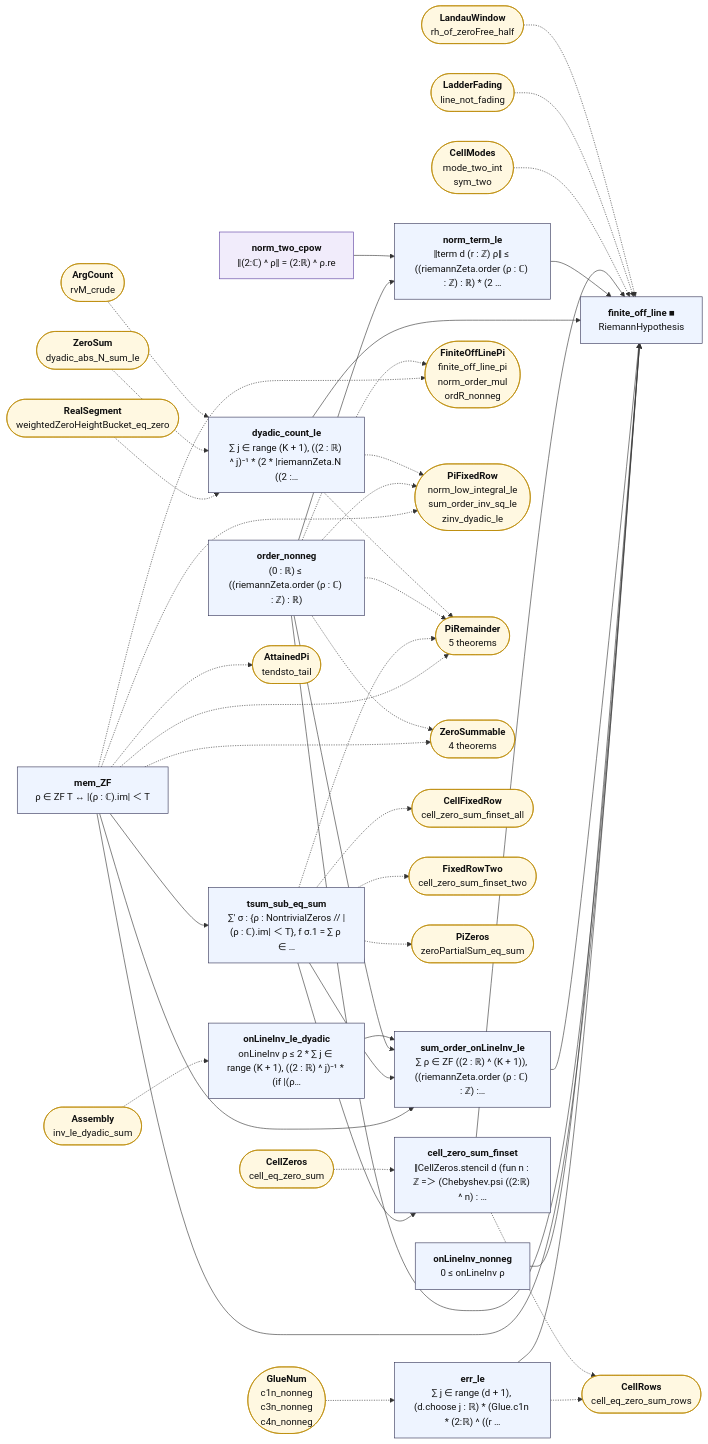
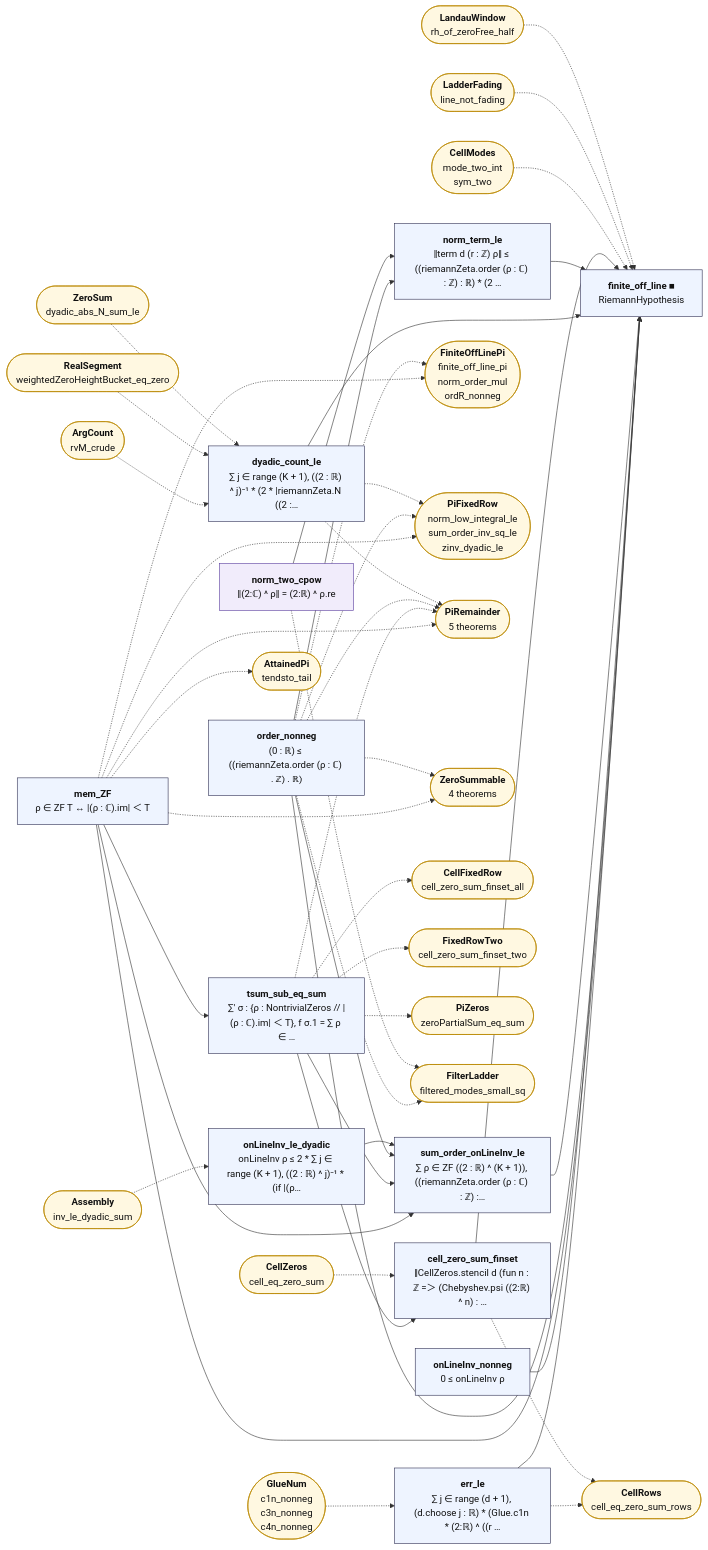
One commit to juliansambranojr/Primebeat_081426 changed the diagram in map/lean_stage3/FiniteOffLine.mmd. Above: the diagram before and after it, drawn with Mermaid. The commit also changed 35 other files, not shown here.

First line of the commit message:
Block S1: the filtered ladder (unit 0466)

```diff
--- a/map/lean_stage3/FiniteOffLine.mmd
+++ b/map/lean_stage3/FiniteOffLine.mmd
@@ -1,81 +1,84 @@
 flowchart LR
   n0["<b>mem_ZF</b><br/>ρ ∈ ZF T ↔ |(ρ : ℂ).im| ＜ T"]:::thm
   n1["<b>tsum_sub_eq_sum</b><br/>∑' σ : {ρ : NontrivialZeros // |(ρ : ℂ).im| ＜ T}, f σ.1 = ∑ ρ ∈ …"]:::thm
   n2["<b>order_nonneg</b><br/>(0 : ℝ) ≤ ((riemannZeta.order (ρ : ℂ) : ℤ) : ℝ)"]:::thm
   n3["<b>onLineInv_nonneg</b><br/>0 ≤ onLineInv ρ"]:::thm
   n4["<b>onLineInv_le_dyadic</b><br/>onLineInv ρ ≤ 2 * ∑ j ∈ range (K + 1), ((2 : ℝ) ^ j)⁻¹ * (if |(ρ…"]:::thm
   n5["<b>sum_order_onLineInv_le</b><br/>∑ ρ ∈ ZF ((2 : ℝ) ^ (K + 1)), ((riemannZeta.order (ρ : ℂ) : ℤ) :…"]:::thm
   n6["<b>dyadic_count_le</b><br/>∑ j ∈ range (K + 1), ((2 : ℝ) ^ j)⁻¹ * (2 * |riemannZeta.N ((2 :…"]:::thm
   n7["<b>norm_two_cpow</b><br/>‖(2:ℂ) ^ ρ‖ = (2:ℝ) ^ ρ.re"]:::shp
   n8["<b>norm_term_le</b><br/>‖term d (r : ℤ) ρ‖ ≤ ((riemannZeta.order (ρ : ℂ) : ℤ) : ℝ) * (2 …"]:::thm
   n9["<b>cell_zero_sum_finset</b><br/>‖CellZeros.stencil d (fun n : ℤ =＞ (Chebyshev.psi ((2:ℝ) ^ n) : …"]:::thm
   n10["<b>err_le</b><br/>∑ j ∈ range (d + 1), (d.choose j : ℝ) * (Glue.c1n * (2:ℝ) ^ ((r …"]:::thm
   n11["<b>finite_off_line ■</b><br/>RiemannHypothesis"]:::thm
   x0(["<b>AttainedPi</b><br/>tendsto_tail"]):::ext
   x1(["<b>FiniteOffLinePi</b><br/>finite_off_line_pi<br/>norm_order_mul<br/>ordR_nonneg"]):::ext
   x2(["<b>PiFixedRow</b><br/>norm_low_integral_le<br/>sum_order_inv_sq_le<br/>zinv_dyadic_le"]):::ext
   x3(["<b>PiRemainder</b><br/>5 theorems"]):::ext
   x4(["<b>ZeroSummable</b><br/>4 theorems"]):::ext
   x5(["<b>CellFixedRow</b><br/>cell_zero_sum_finset_all"]):::ext
   x6(["<b>FixedRowTwo</b><br/>cell_zero_sum_finset_two"]):::ext
   x7(["<b>PiZeros</b><br/>zeroPartialSum_eq_sum"]):::ext
-  x8(["<b>Assembly</b><br/>inv_le_dyadic_sum"]):::ext
-  x9(["<b>ArgCount</b><br/>rvM_crude"]):::ext
-  x10(["<b>RealSegment</b><br/>weightedZeroHeightBucket_eq_zero"]):::ext
-  x11(["<b>ZeroSum</b><br/>dyadic_abs_N_sum_le"]):::ext
-  x12(["<b>CellZeros</b><br/>cell_eq_zero_sum"]):::ext
-  x13(["<b>CellRows</b><br/>cell_eq_zero_sum_rows"]):::ext
-  x14(["<b>GlueNum</b><br/>c1n_nonneg<br/>c3n_nonneg<br/>c4n_nonneg"]):::ext
-  x15(["<b>CellModes</b><br/>mode_two_int<br/>sym_two"]):::ext
-  x16(["<b>LadderFading</b><br/>line_not_fading"]):::ext
-  x17(["<b>LandauWindow</b><br/>rh_of_zeroFree_half"]):::ext
+  x8(["<b>FilterLadder</b><br/>filtered_modes_small_sq"]):::ext
+  x9(["<b>Assembly</b><br/>inv_le_dyadic_sum"]):::ext
+  x10(["<b>ArgCount</b><br/>rvM_crude"]):::ext
+  x11(["<b>RealSegment</b><br/>weightedZeroHeightBucket_eq_zero"]):::ext
+  x12(["<b>ZeroSum</b><br/>dyadic_abs_N_sum_le"]):::ext
+  x13(["<b>CellZeros</b><br/>cell_eq_zero_sum"]):::ext
+  x14(["<b>CellRows</b><br/>cell_eq_zero_sum_rows"]):::ext
+  x15(["<b>GlueNum</b><br/>c1n_nonneg<br/>c3n_nonneg<br/>c4n_nonneg"]):::ext
+  x16(["<b>CellModes</b><br/>mode_two_int<br/>sym_two"]):::ext
+  x17(["<b>LadderFading</b><br/>line_not_fading"]):::ext
+  x18(["<b>LandauWindow</b><br/>rh_of_zeroFree_half"]):::ext
   n0 --> n1
   n0 --> n11
   n0 --> n5
   n1 --> n5
   n1 --> n9
   n10 --> n11
   n2 --> n11
   n2 --> n5
   n2 --> n8
   n3 --> n11
   n4 --> n5
   n5 --> n11
   n6 --> n11
   n7 --> n8
   n8 --> n11
   n9 --> n11
   n0 -.-> x0
   n0 -.-> x1
   n0 -.-> x2
   n0 -.-> x3
   n0 -.-> x4
   n1 -.-> x3
   n1 -.-> x5
   n1 -.-> x6
   n1 -.-> x7
-  n10 -.-> x13
+  n10 -.-> x14
   n2 -.-> x1
   n2 -.-> x2
   n2 -.-> x3
   n2 -.-> x4
+  n2 -.-> x8
   n6 -.-> x2
   n6 -.-> x3
-  n9 -.-> x13
+  n7 -.-> x8
+  n9 -.-> x14
   x10 -.-> n6
   x11 -.-> n6
-  x12 -.-> n9
-  x14 -.-> n10
-  x15 -.-> n11
+  x12 -.-> n6
+  x13 -.-> n9
+  x15 -.-> n10
   x16 -.-> n11
   x17 -.-> n11
-  x8 -.-> n4
-  x9 -.-> n6
+  x18 -.-> n11
+  x9 -.-> n4
   classDef cnt fill:#dff5ec,stroke:#17694a,color:#111
   classDef shp fill:#f1ecfb,stroke:#5b3fa0,color:#111
   classDef rh fill:#ffe5e5,stroke:#c22,color:#111,stroke-width:2px
   classDef thm fill:#eef4ff,stroke:#335,color:#111
   classDef end_ fill:#e7f7e7,stroke:#2a7,color:#111,stroke-width:2px
   classDef lone fill:#fff,stroke:#999,color:#111,stroke-dasharray:4 3
   classDef bad fill:#ffe5e5,stroke:#c22,color:#111,stroke-width:2px
   classDef ext fill:#fff8e1,stroke:#b80,color:#111
```
